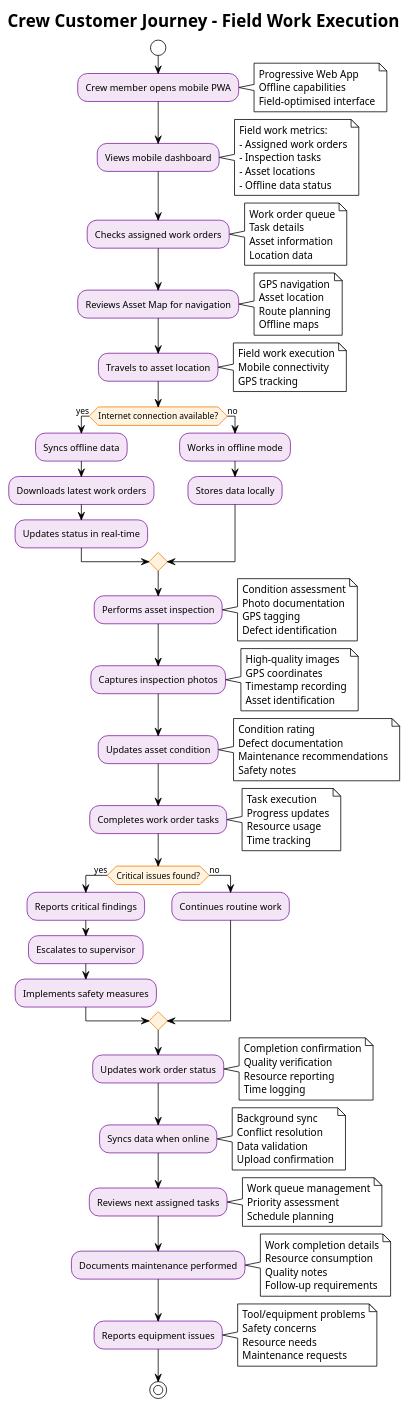
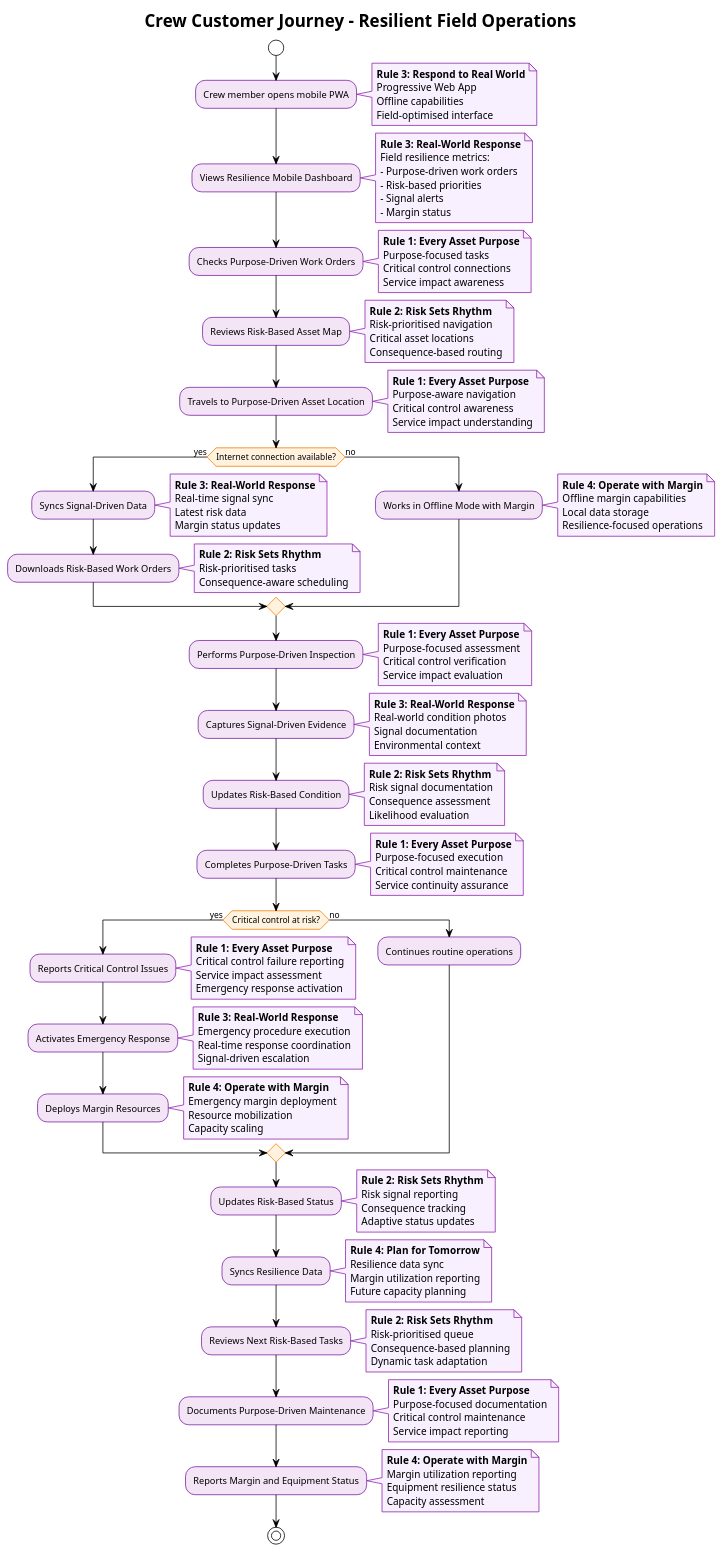
One commit to Duds/CouncilWorks changed the diagram in docs/architecture/customer-journeys/crew-journey.puml. Above: the diagram before and after it, drawn with PlantUML. The commit also changed 37 other files, not shown here.

First line of the commit message:
feat: enhance customer journeys and fix PlantUML syntax

```diff
--- a/docs/architecture/customer-journeys/crew-journey.puml
+++ b/docs/architecture/customer-journeys/crew-journey.puml
@@ -1,80 +1,89 @@
-@startuml Crew Customer Journey
+@startuml Crew Customer Journey - Resilient Field Operations
 !theme plain
 skinparam backgroundColor #FFFFFF
 skinparam activity {
   BackgroundColor #F3E5F5
   BorderColor #7B1FA2
   FontColor #000000
 }
 skinparam activityDiamond {
   BackgroundColor #FFF3E0
   BorderColor #F57C00
   FontColor #000000
 }
+skinparam note {
+  BackgroundColor #F8F0FF
+  BorderColor #8E24AA
+  FontColor #000000
+}
 
-title Crew Customer Journey - Field Work Execution
+title Crew Customer Journey - Resilient Field Operations
 
 start
 
 :Crew member opens mobile PWA;
-note right: Progressive Web App\nOffline capabilities\nField-optimised interface
+note right: **Rule 3: Respond to Real World**\nProgressive Web App\nOffline capabilities\nField-optimised interface
 
-:Views mobile dashboard;
-note right: Field work metrics:\n- Assigned work orders\n- Inspection tasks\n- Asset locations\n- Offline data status
+:Views Resilience Mobile Dashboard;
+note right: **Rule 3: Real-World Response**\nField resilience metrics:\n- Purpose-driven work orders\n- Risk-based priorities\n- Signal alerts\n- Margin status
 
-:Checks assigned work orders;
-note right: Work order queue\nTask details\nAsset information\nLocation data
+:Checks Purpose-Driven Work Orders;
+note right: **Rule 1: Every Asset Purpose**\nPurpose-focused tasks\nCritical control connections\nService impact awareness
 
-:Reviews Asset Map for navigation;
-note right: GPS navigation\nAsset location\nRoute planning\nOffline maps
+:Reviews Risk-Based Asset Map;
+note right: **Rule 2: Risk Sets Rhythm**\nRisk-prioritised navigation\nCritical asset locations\nConsequence-based routing
 
-:Travels to asset location;
-note right: Field work execution\nMobile connectivity\nGPS tracking
+:Travels to Purpose-Driven Asset Location;
+note right: **Rule 1: Every Asset Purpose**\nPurpose-aware navigation\nCritical control awareness\nService impact understanding
 
 if (Internet connection available?) then (yes)
-  :Syncs offline data;
-  :Downloads latest work orders;
-  :Updates status in real-time;
+  :Syncs Signal-Driven Data;
+  note right: **Rule 3: Real-World Response**\nReal-time signal sync\nLatest risk data\nMargin status updates
+  :Downloads Risk-Based Work Orders;
+  note right: **Rule 2: Risk Sets Rhythm**\nRisk-prioritised tasks\nConsequence-aware scheduling
 else (no)
-  :Works in offline mode;
-  :Stores data locally;
+  :Works in Offline Mode with Margin;
+  note right: **Rule 4: Operate with Margin**\nOffline margin capabilities\nLocal data storage\nResilience-focused operations
 endif
 
-:Performs asset inspection;
-note right: Condition assessment\nPhoto documentation\nGPS tagging\nDefect identification
+:Performs Purpose-Driven Inspection;
+note right: **Rule 1: Every Asset Purpose**\nPurpose-focused assessment\nCritical control verification\nService impact evaluation
 
-:Captures inspection photos;
-note right: High-quality images\nGPS coordinates\nTimestamp recording\nAsset identification
+:Captures Signal-Driven Evidence;
+note right: **Rule 3: Real-World Response**\nReal-world condition photos\nSignal documentation\nEnvironmental context
 
-:Updates asset condition;
-note right: Condition rating\nDefect documentation\nMaintenance recommendations\nSafety notes
+:Updates Risk-Based Condition;
+note right: **Rule 2: Risk Sets Rhythm**\nRisk signal documentation\nConsequence assessment\nLikelihood evaluation
 
-:Completes work order tasks;
-note right: Task execution\nProgress updates\nResource usage\nTime tracking
+:Completes Purpose-Driven Tasks;
+note right: **Rule 1: Every Asset Purpose**\nPurpose-focused execution\nCritical control maintenance\nService continuity assurance
 
-if (Critical issues found?) then (yes)
-  :Reports critical findings;
-  :Escalates to supervisor;
-  :Implements safety measures;
+if (Critical control at risk?) then (yes)
+  :Reports Critical Control Issues;
+  note right: **Rule 1: Every Asset Purpose**\nCritical control failure reporting\nService impact assessment\nEmergency response activation
+  :Activates Emergency Response;
+  note right: **Rule 3: Real-World Response**\nEmergency procedure execution\nReal-time response coordination\nSignal-driven escalation
+  :Deploys Margin Resources;
+  note right: **Rule 4: Operate with Margin**\nEmergency margin deployment\nResource mobilization\nCapacity scaling
 else (no)
-  :Continues routine work;
+  :Continues routine operations;
 endif
 
-:Updates work order status;
-note right: Completion confirmation\nQuality verification\nResource reporting\nTime logging
+:Updates Risk-Based Status;
+note right: **Rule 2: Risk Sets Rhythm**\nRisk signal reporting\nConsequence tracking\nAdaptive status updates
 
-:Syncs data when online;
-note right: Background sync\nConflict resolution\nData validation\nUpload confirmation
+:Syncs Resilience Data;
+note right: **Rule 4: Plan for Tomorrow**\nResilience data sync\nMargin utilization reporting\nFuture capacity planning
 
-:Reviews next assigned tasks;
-note right: Work queue management\nPriority assessment\nSchedule planning
+:Reviews Next Risk-Based Tasks;
+note right: **Rule 2: Risk Sets Rhythm**\nRisk-prioritised queue\nConsequence-based planning\nDynamic task adaptation
 
-:Documents maintenance performed;
-note right: Work completion details\nResource consumption\nQuality notes\nFollow-up requirements
+:Documents Purpose-Driven Maintenance;
+note right: **Rule 1: Every Asset Purpose**\nPurpose-focused documentation\nCritical control maintenance\nService impact reporting
 
-:Reports equipment issues;
-note right: Tool/equipment problems\nSafety concerns\nResource needs\nMaintenance requests
+:Reports Margin and Equipment Status;
+note right: **Rule 4: Operate with Margin**\nMargin utilization reporting\nEquipment resilience status\nCapacity assessment
 
 stop
 
 @enduml
```
